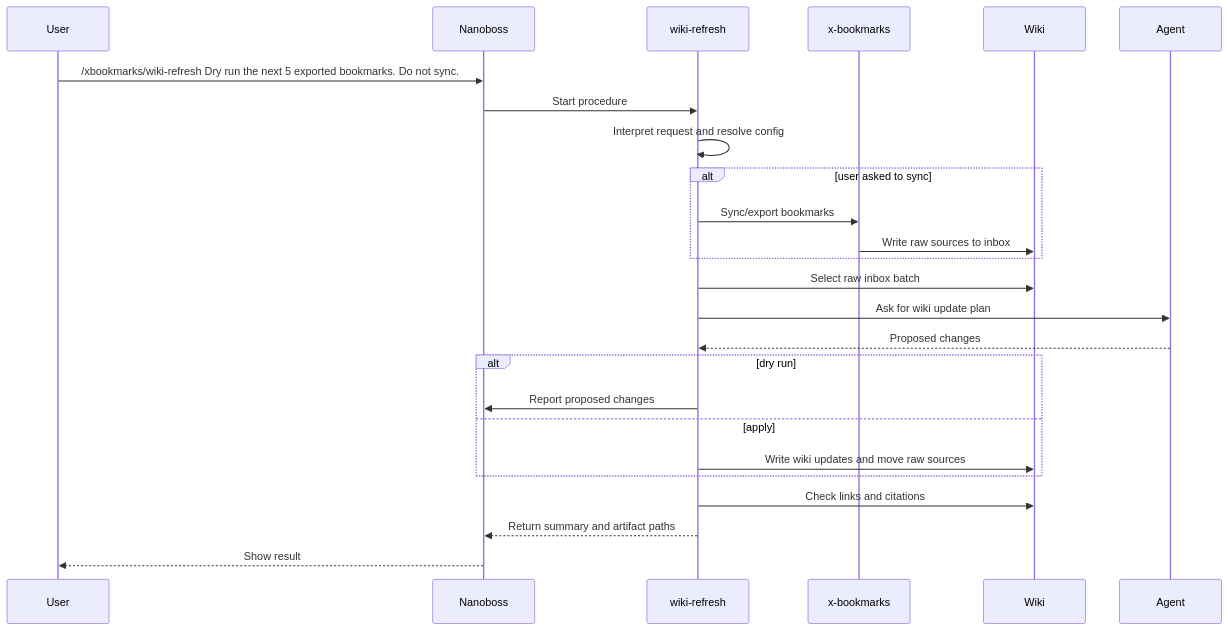
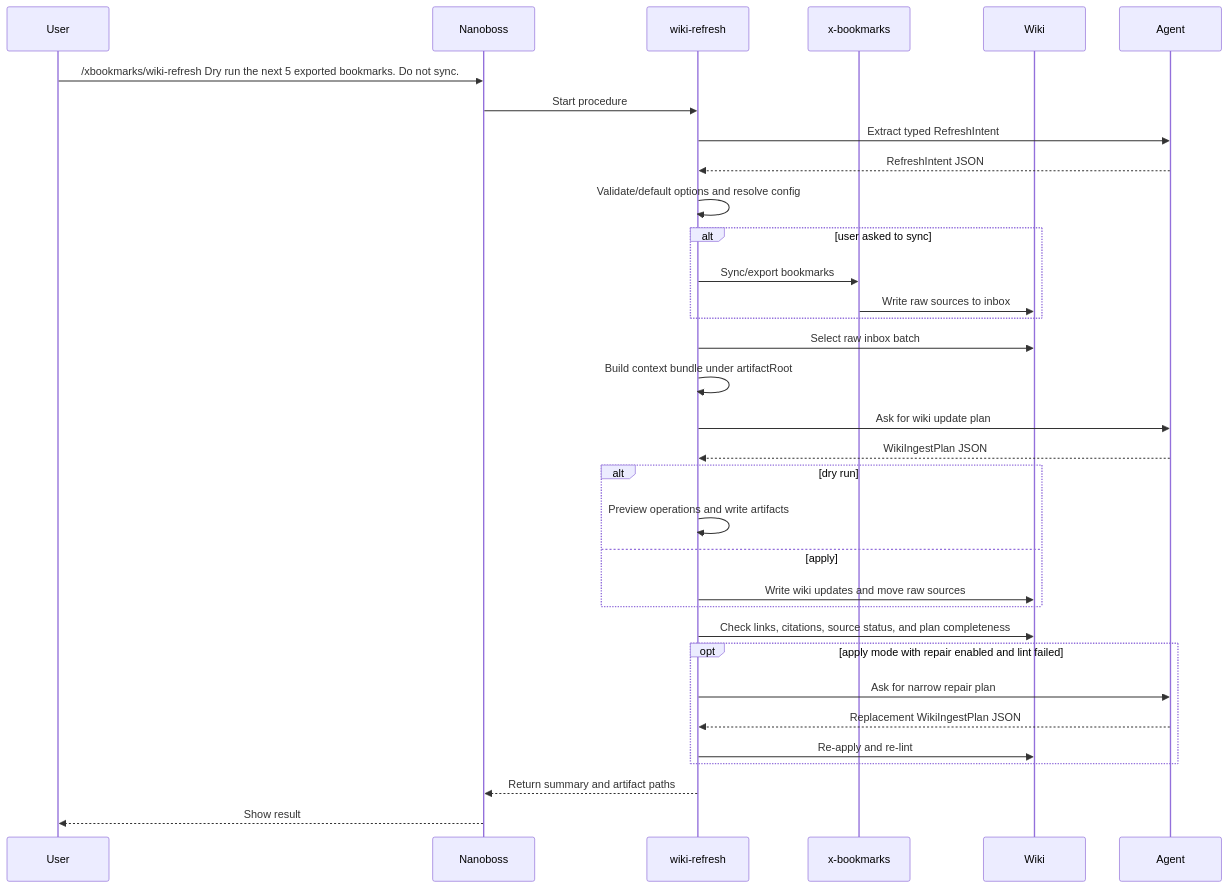
One commit to jflam/x-bookmarks changed the second of 2 diagrams in docs/nanoboss-xbookmarks-wiki-procedure.md. Above: the diagram before and after it, drawn with Mermaid. The commit also changed other lines of this file and 31 other files, not shown here.

````diff
--- a/docs/nanoboss-xbookmarks-wiki-procedure.md
+++ b/docs/nanoboss-xbookmarks-wiki-procedure.md
@@ -38,28 +47,36 @@
 ```mermaid
 sequenceDiagram
   participant U as User
   participant NB as Nanoboss
   participant P as wiki-refresh
   participant X as x-bookmarks
   participant W as Wiki
   participant A as Agent
 
   U->>NB: /xbookmarks/wiki-refresh Dry run the next 5 exported bookmarks. Do not sync.
   NB->>P: Start procedure
-  P->>P: Interpret request and resolve config
+  P->>A: Extract typed RefreshIntent
+  A-->>P: RefreshIntent JSON
+  P->>P: Validate/default options and resolve config
   alt user asked to sync
     P->>X: Sync/export bookmarks
     X->>W: Write raw sources to inbox
   end
   P->>W: Select raw inbox batch
+  P->>P: Build context bundle under artifactRoot
   P->>A: Ask for wiki update plan
-  A-->>P: Proposed changes
+  A-->>P: WikiIngestPlan JSON
   alt dry run
-    P->>NB: Report proposed changes
+    P->>P: Preview operations and write artifacts
   else apply
     P->>W: Write wiki updates and move raw sources
   end
-  P->>W: Check links and citations
+  P->>W: Check links, citations, source status, and plan completeness
+  opt apply mode with repair enabled and lint failed
+    P->>A: Ask for narrow repair plan
+    A-->>P: Replacement WikiIngestPlan JSON
+    P->>W: Re-apply and re-lint
+  end
   P-->>NB: Return summary and artifact paths
   NB-->>U: Show result
 ```
````
